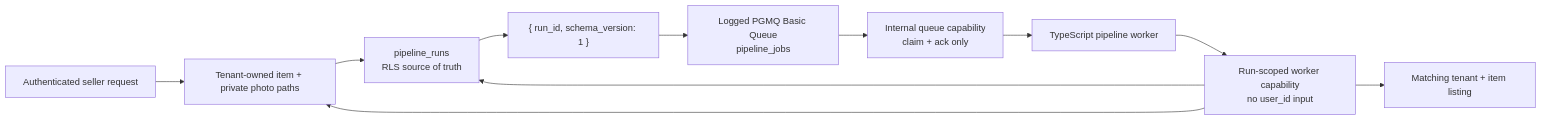
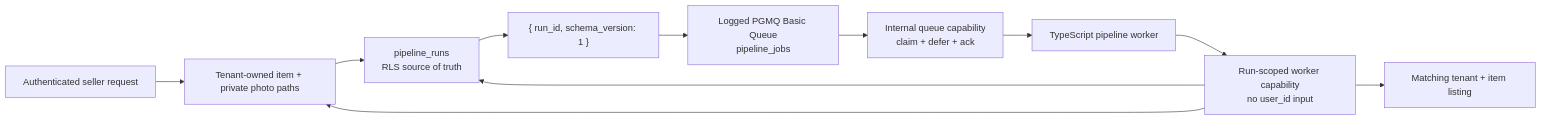
Before and after one commit to azizu06/snaplist: the first of 2 diagrams in docs/architecture/durable-pipeline.md, drawn with Mermaid. The commit also changed other lines of this file and 3 other files, not shown here.

````diff
--- a/docs/architecture/durable-pipeline.md
+++ b/docs/architecture/durable-pipeline.md
@@ -8,13 +8,13 @@
 ```mermaid
 flowchart LR
   Seller["Authenticated seller request"] --> Item["Tenant-owned item + private photo paths"]
   Item --> Run["pipeline_runs\nRLS source of truth"]
   Run --> Envelope["{ run_id, schema_version: 1 }"]
   Envelope --> Queue["Logged PGMQ Basic Queue\npipeline_jobs"]
-  Queue --> QueueCap["Internal queue capability\nclaim + ack only"]
+  Queue --> QueueCap["Internal queue capability\nclaim + defer + ack"]
   QueueCap --> Worker["TypeScript pipeline worker"]
   Worker --> RunCap["Run-scoped worker capability\nno user_id input"]
   RunCap --> Item
   RunCap --> Listing["Matching tenant + item listing"]
   RunCap --> Run
 ```
````
